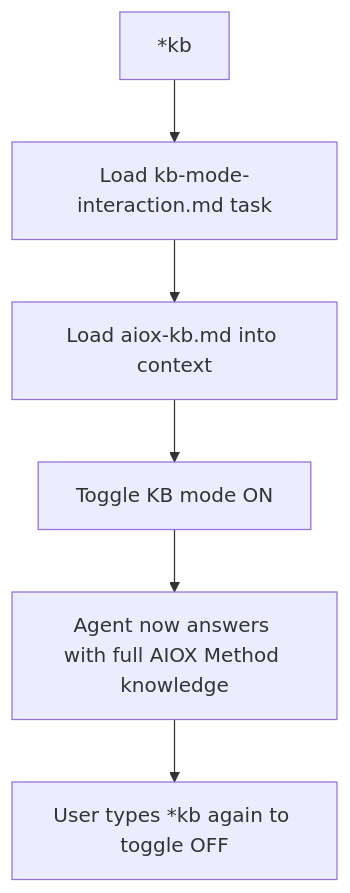
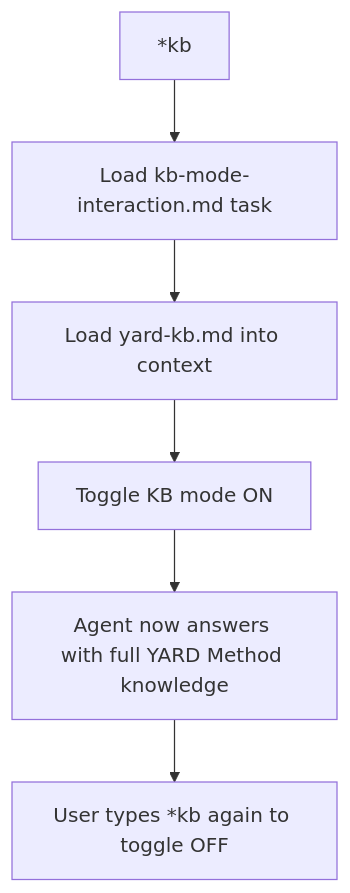
The second of 21 diagrams in docs/guides/agents/traces/aiox-master-execution-trace.md (ernesto-langa/yard-core), drawn with Mermaid before and after one commit. The commit also changed other lines of this file and 529 other files, not shown here.

````diff
--- a/docs/guides/agents/traces/aiox-master-execution-trace.md
+++ b/docs/guides/agents/traces/aiox-master-execution-trace.md
@@ -155,8 +155,8 @@
 ```mermaid
 flowchart TD
     A["*kb"] --> B[Load kb-mode-interaction.md task]
-    B --> C[Load aiox-kb.md into context]
+    B --> C[Load yard-kb.md into context]
     C --> D[Toggle KB mode ON]
-    D --> E[Agent now answers with full AIOX Method knowledge]
+    D --> E[Agent now answers with full YARD Method knowledge]
     E --> F[User types *kb again to toggle OFF]
 ```
````
